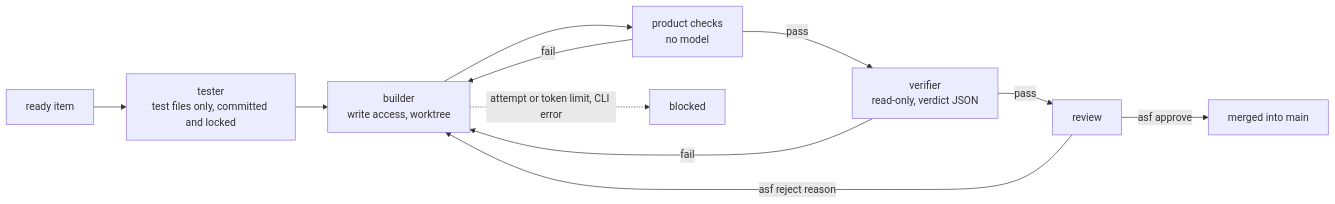
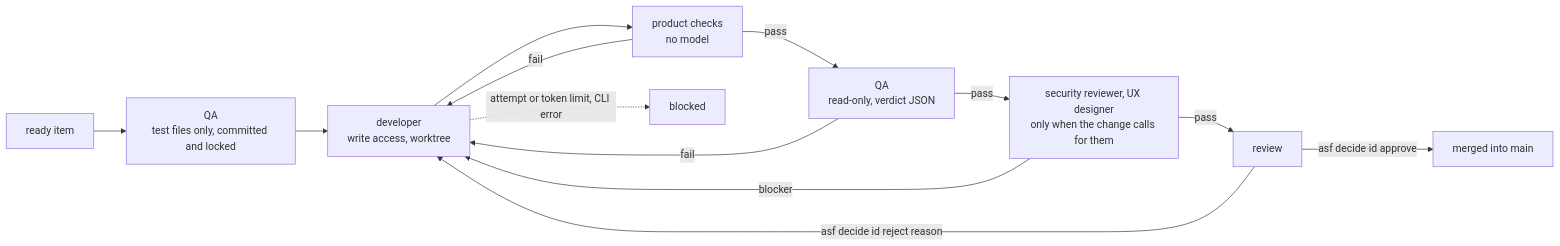
Before and after one commit to Tech-Expansion/agentic-software-factory: the diagram in README.md, drawn with Mermaid. The commit also changed other lines of this file and 5 other files, not shown here.

````diff
--- a/README.md
+++ b/README.md
@@ -36,13 +38,15 @@
 ```mermaid
 flowchart LR
-  R[ready item] --> T[tester<br/>test files only, committed and locked]
-  T --> B[builder<br/>write access, worktree]
+  R[ready item] --> T[QA<br/>test files only, committed and locked]
+  T --> B[developer<br/>write access, worktree]
   B --> C[product checks<br/>no model]
   C -->|fail| B
-  C -->|pass| V[verifier<br/>read-only, verdict JSON]
+  C -->|pass| V[QA<br/>read-only, verdict JSON]
   V -->|fail| B
-  V -->|pass| W[review]
-  W -->|asf approve| M[merged into main]
-  W -->|asf reject reason| B
+  V -->|pass| S[security reviewer, UX designer<br/>only when the change calls for them]
+  S -->|blocker| B
+  S -->|pass| W[review]
+  W -->|asf decide id approve| M[merged into main]
+  W -->|asf decide id reject reason| B
   B -.->|attempt or token limit, CLI error| X[blocked]
 ```
````
